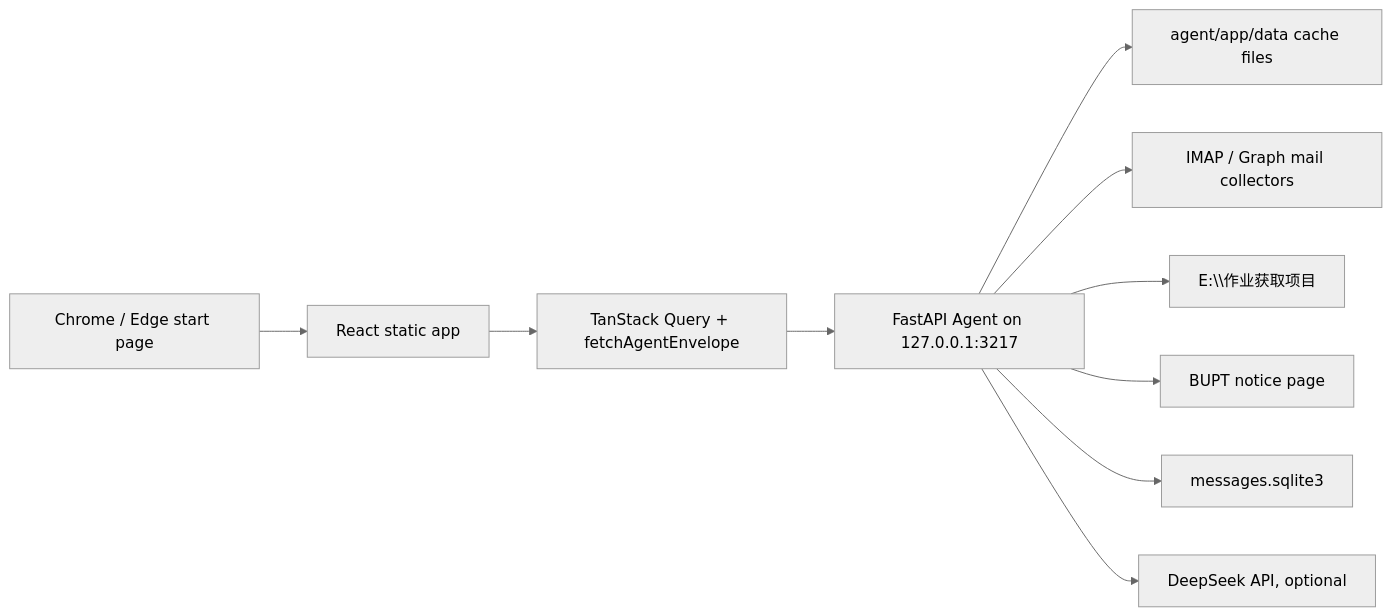
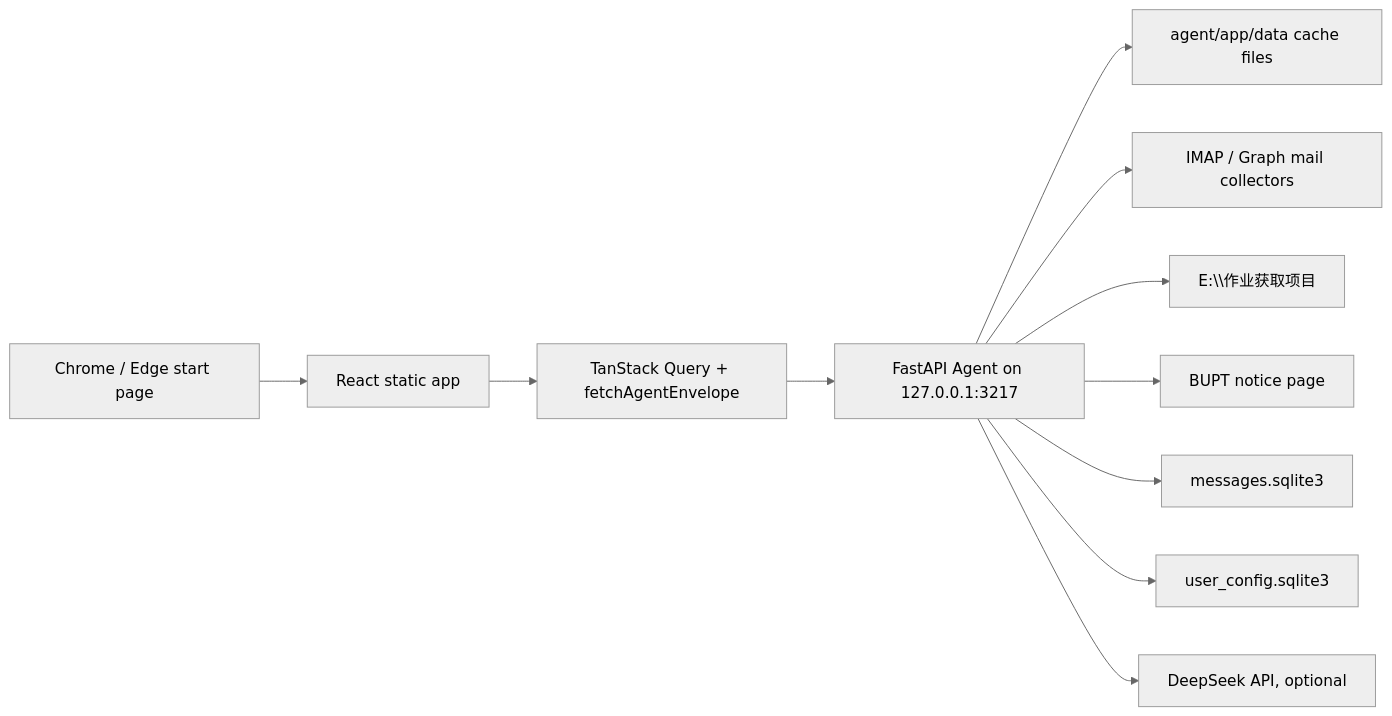
One commit to reverieach/mypage changed the diagram in docs/architecture.md. Above: the diagram before and after it, drawn with Mermaid (neutral theme). The commit also changed other lines of this file and 29 other files, not shown here.

````diff
--- a/docs/architecture.md
+++ b/docs/architecture.md
@@ -12,12 +12,13 @@
 ```mermaid
 flowchart LR
   Browser["Chrome / Edge start page"] --> Frontend["React static app"]
   Frontend --> Query["TanStack Query + fetchAgentEnvelope"]
   Query --> Agent["FastAPI Agent on 127.0.0.1:3217"]
   Agent --> Cache["agent/app/data cache files"]
   Agent --> Mail["IMAP / Graph mail collectors"]
   Agent --> Homework["E:\\作业获取项目"]
   Agent --> SchoolNotice["BUPT notice page"]
   Agent --> SQLite["messages.sqlite3"]
+  Agent --> UserConfig["user_config.sqlite3"]
   Agent --> DeepSeek["DeepSeek API, optional"]
 ```
````
